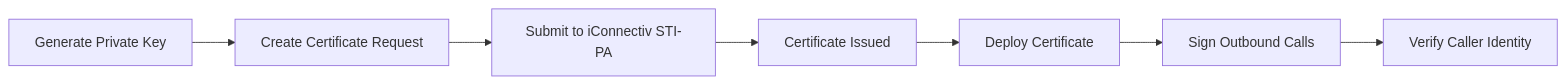
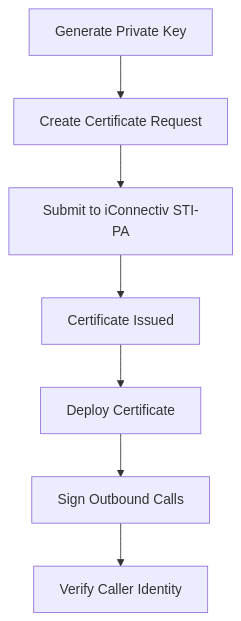
The second of 2 diagrams in docs/setup/appstore.md (connexcs/docs), drawn with Mermaid before and after one commit. The commit also changed other lines of this file, not shown here.

Commit message:
figure formatting fixed

````diff
--- a/docs/setup/appstore.md
+++ b/docs/setup/appstore.md
@@ -470,9 +470,9 @@
 ```mermaid
-flowchart LR
+flowchart TD
     A[Generate Private Key] --> B[Create Certificate Request]
     B --> C[Submit to iConnectiv STI-PA]
     C --> D[Certificate Issued]
     D --> E[Deploy Certificate]
     E --> F[Sign Outbound Calls]
     F --> G[Verify Caller Identity]
 ```
````
